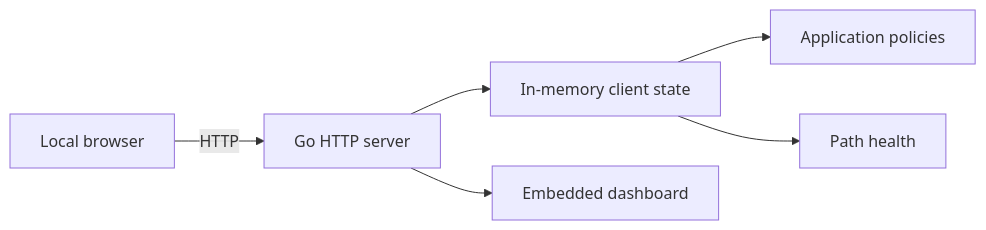
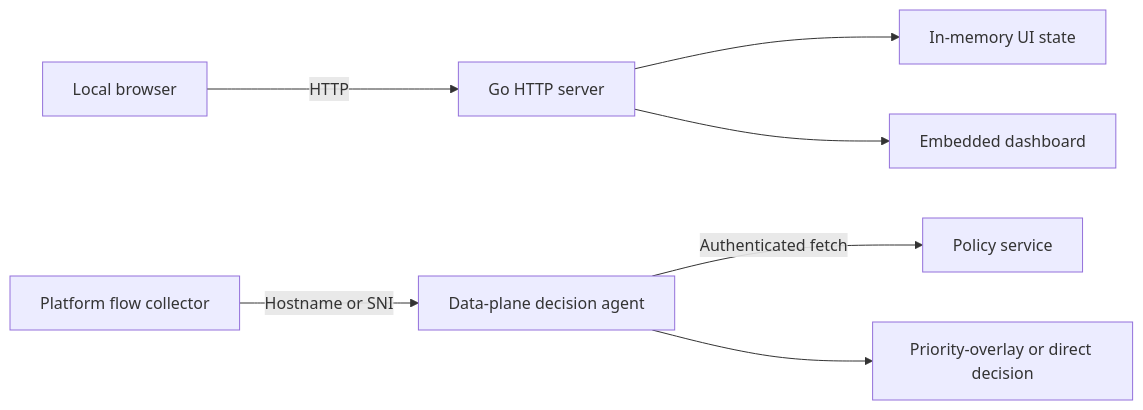
The diagram in DESIGN.md (ranganatha76/sdwan-client-core), drawn with Mermaid before and after one commit. The commit also changed other lines of this file and 11 other files, not shown here.

Commit message:
Add containerized policy and data-plane services

````diff
--- a/DESIGN.md
+++ b/DESIGN.md
@@ -9,8 +9,9 @@
 ```mermaid
 flowchart LR
     Browser[Local browser] -->|HTTP| Server[Go HTTP server]
-    Server --> State[In-memory client state]
-    State --> Policies[Application policies]
-    State --> Paths[Path health]
+    Server --> State[In-memory UI state]
+    Agent[Data-plane decision agent] -->|Authenticated fetch| Policy[Policy service]
+    Collector[Platform flow collector] -->|Hostname or SNI| Agent
+    Agent --> Decision[Priority-overlay or direct decision]
     Server --> Dashboard[Embedded dashboard]
 ```
````
